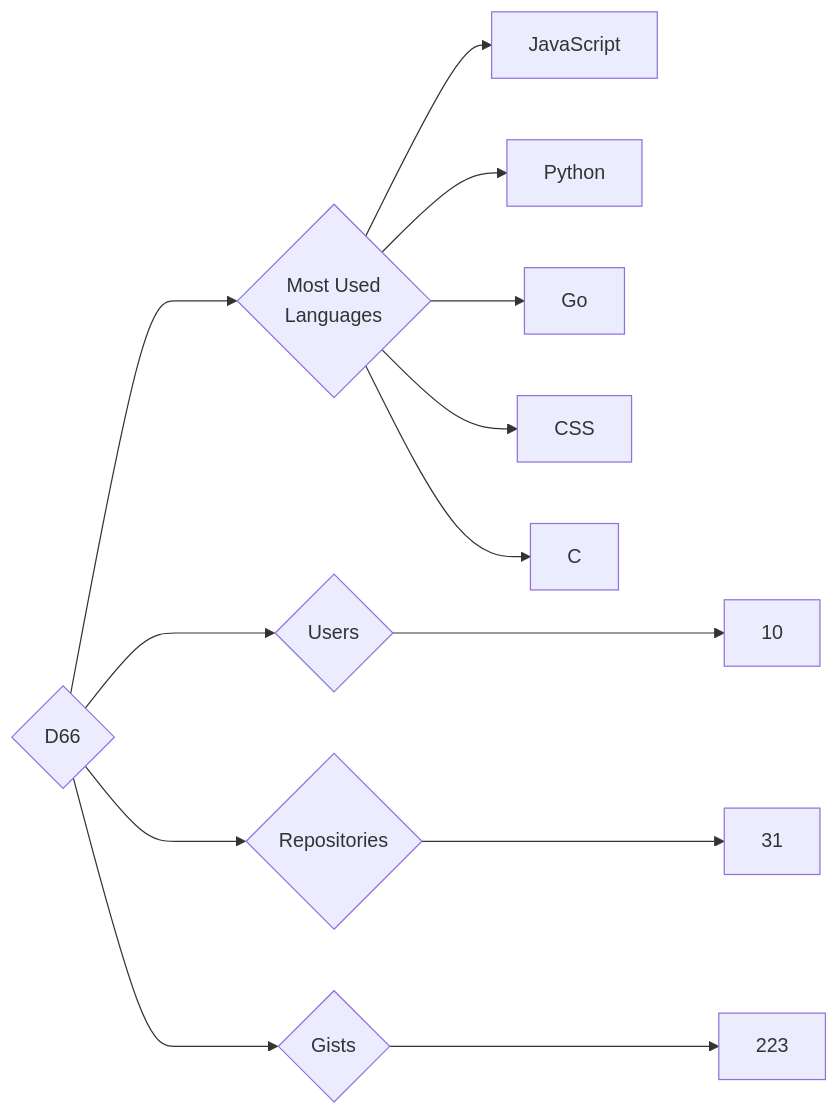
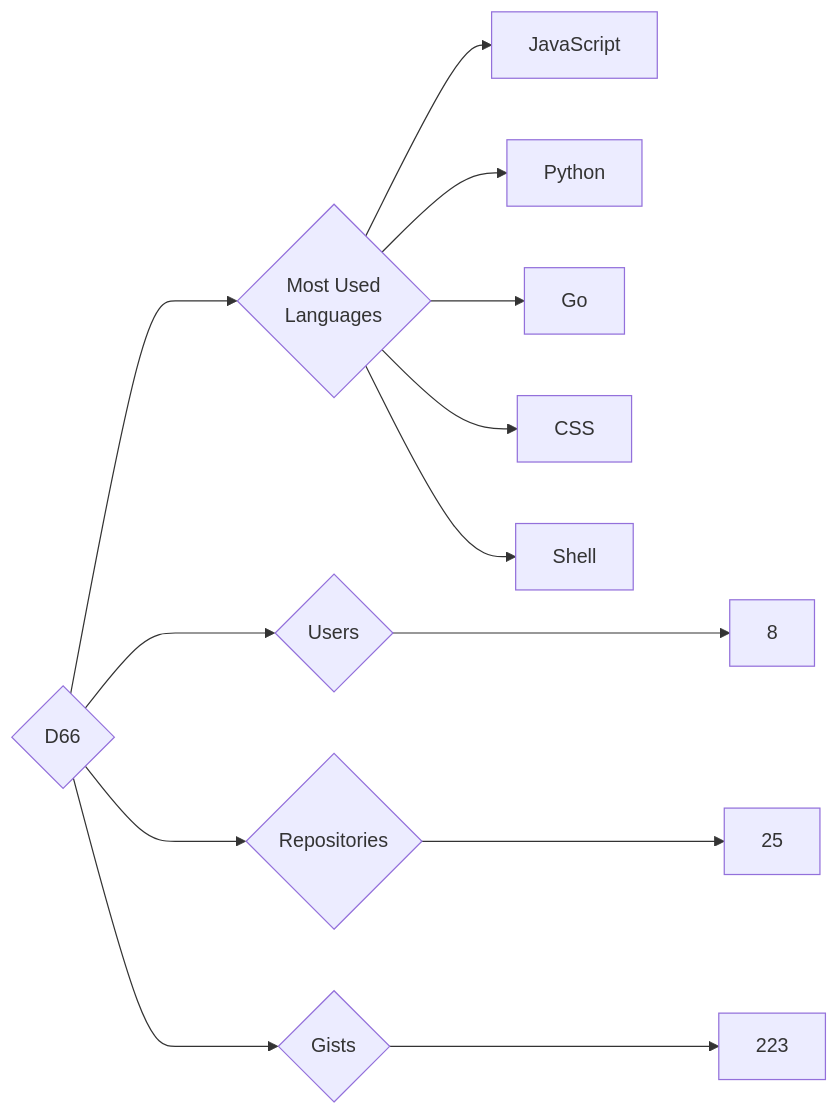
One commit to trickest/insiders changed the diagram in targets/D66/README.md. Above: the diagram before and after it, drawn with Mermaid. The commit also changed 681 other files, not shown here.

````diff
--- a/targets/D66/README.md
+++ b/targets/D66/README.md
@@ -3,13 +3,13 @@
 ```mermaid
 graph LR
 COMPANY_NAME{D66}
-COMPANY_NAME ---> U{Users} ---> UN[10]
-COMPANY_NAME ---> R{Repositories} ---> RN[31]
+COMPANY_NAME ---> U{Users} ---> UN[8]
+COMPANY_NAME ---> R{Repositories} ---> RN[25]
 COMPANY_NAME ---> G{Gists} ---> GN[223]
 COMPANY_NAME ---> ML{Most Used<br>Languages}
 ML --> JavaScript[JavaScript]
 ML --> Python[Python]
 ML --> Go[Go]
 ML --> CSS[CSS]
-ML --> C[C]
+ML --> Shell[Shell]
 ```
````
